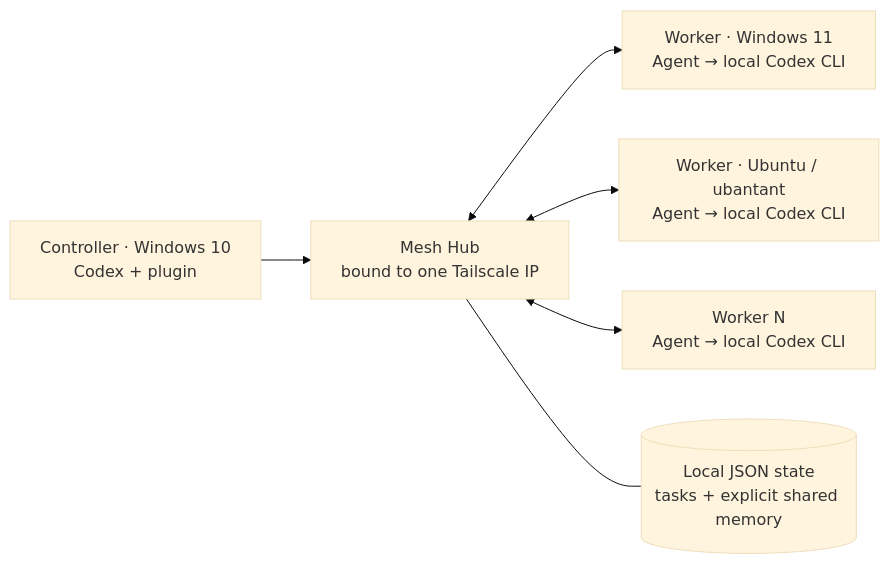
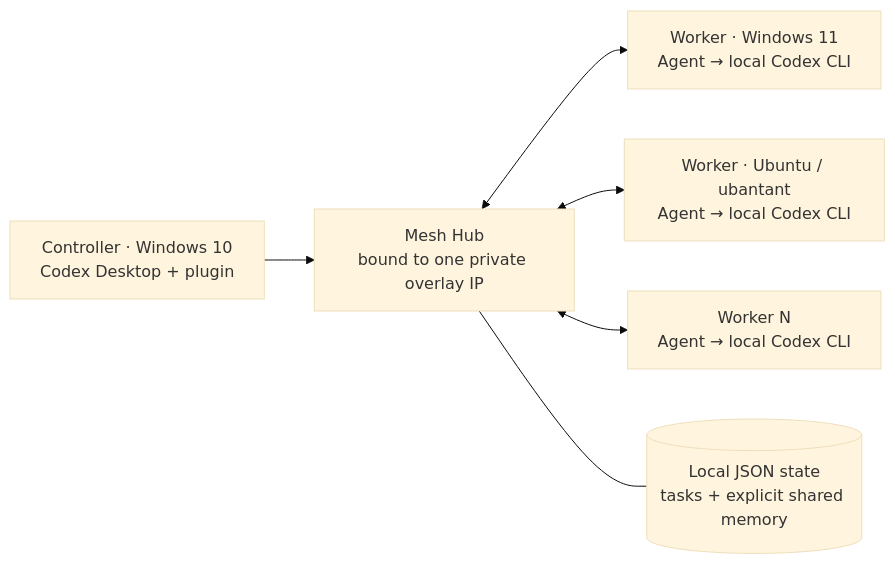
The diagram in README.md (hty666-blip/codex-mesh), drawn with Mermaid (base theme) before and after one commit. The commit also changed other lines of this file and 11 other files, not shown here.

Commit message:
feat: add desktop-only controller installer

````diff
--- a/README.md
+++ b/README.md
@@ -11,8 +11,8 @@
 ```mermaid
 flowchart LR
-    C["Controller · Windows 10<br/>Codex + plugin"] --> H["Mesh Hub<br/>bound to one Tailscale IP"]
+    C["Controller · Windows 10<br/>Codex Desktop + plugin"] --> H["Mesh Hub<br/>bound to one private overlay IP"]
     H <--> W1["Worker · Windows 11<br/>Agent → local Codex CLI"]
     H <--> W2["Worker · Ubuntu / ubantant<br/>Agent → local Codex CLI"]
     H <--> WN["Worker N<br/>Agent → local Codex CLI"]
     H --- D[("Local JSON state<br/>tasks + explicit shared memory")]
 ```
````
